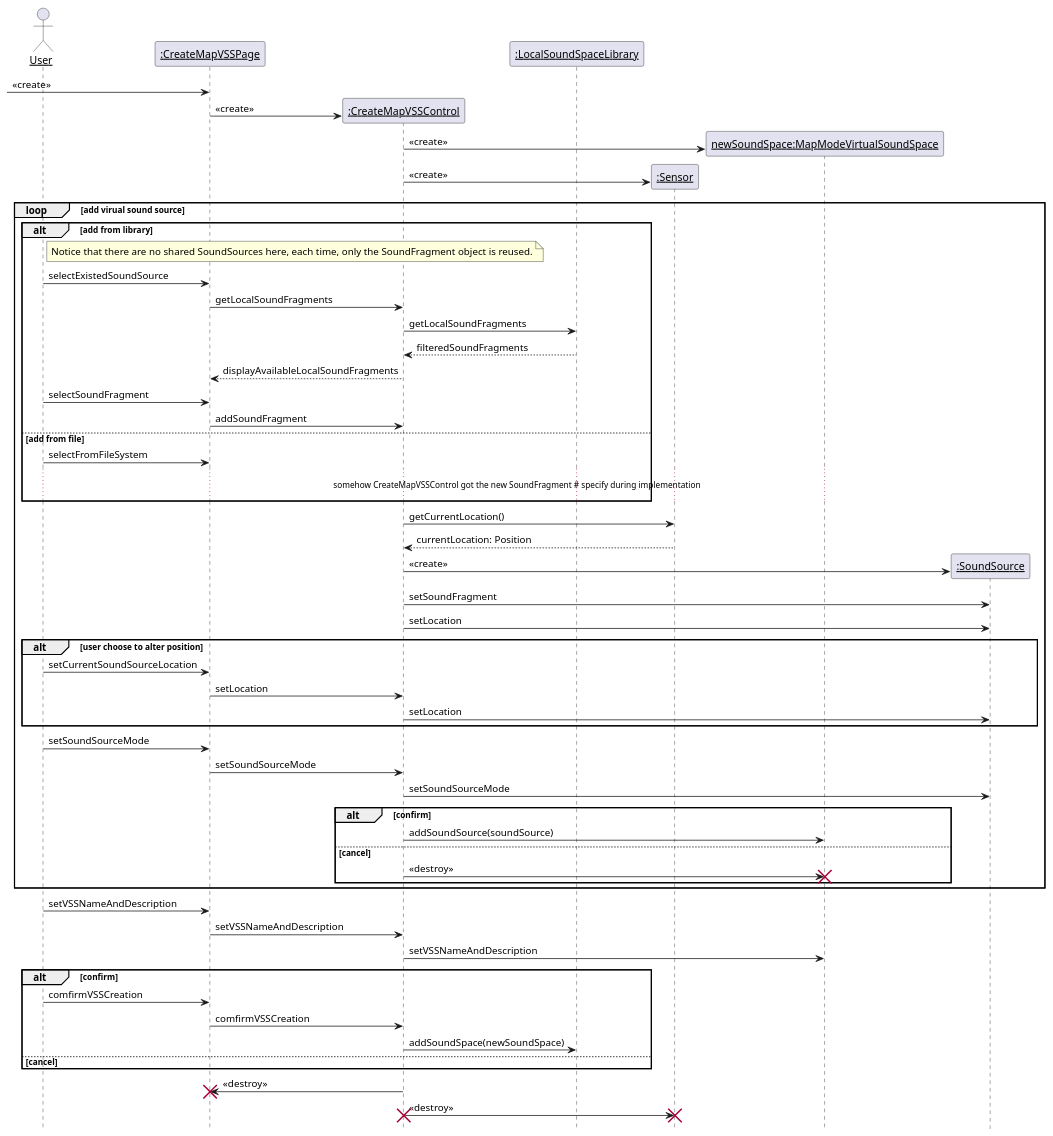
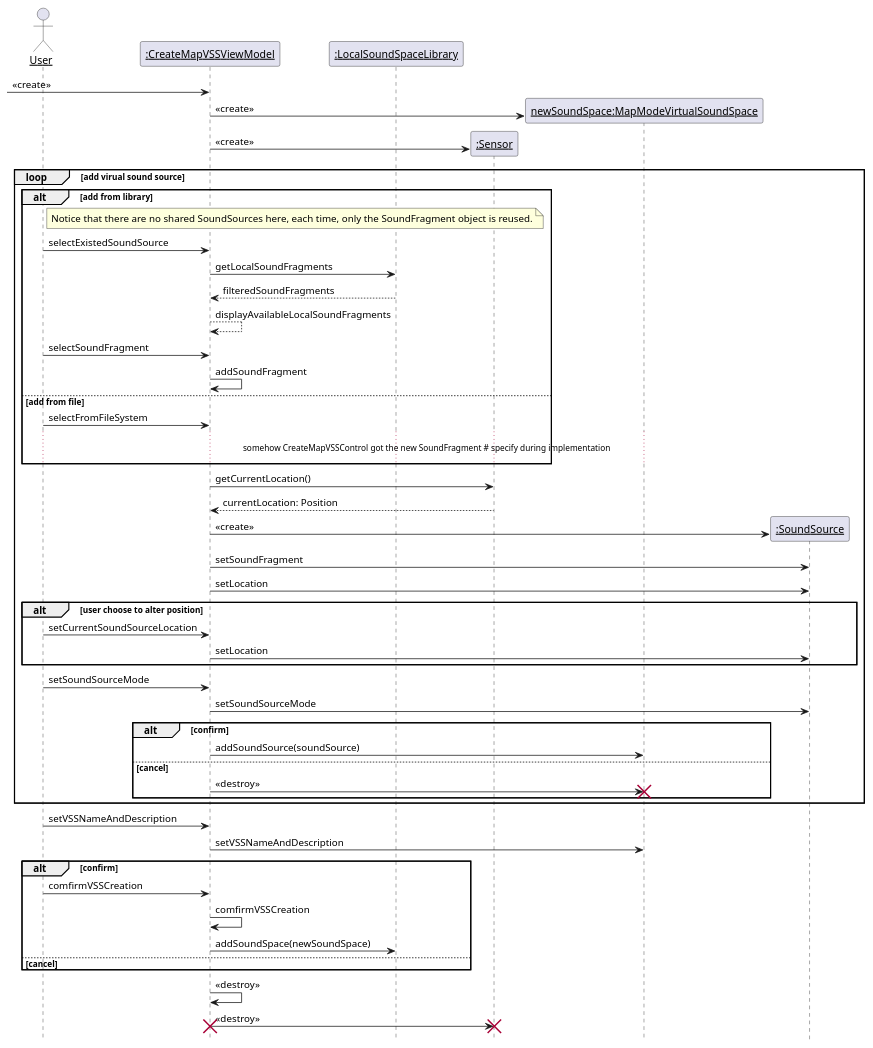
One commit to kpp19920121/doc changed diagram 11 of 26 in 设计/顺序图.md. Above: the diagram before and after it, drawn with PlantUML. The commit also changed other lines of this file and 6 other files, not shown here.

First line of the commit message:
修改顺序图到8

````diff
--- a/设计/顺序图.md
+++ b/设计/顺序图.md
@@ -336,78 +336,70 @@
 ```PlantUML
 @startuml Diagrams/CreateMapModeVSS
 hide footbox
 skinparam sequenceParticipant underline
 
 
 actor User as user
-participant ":CreateMapVSSPage" as createboundary
-participant ":CreateMapVSSControl" as createcontrol
+participant ":CreateMapVSSViewModel" as createboundary
 participant ":LocalSoundSpaceLibrary" as library
 participant ":Sensor" as sensor
 participant "newSoundSpace:MapModeVirtualSoundSpace" as newspace
 
 
 [-> createboundary: <<create>>
-create createcontrol
-createboundary -> createcontrol: <<create>>
 create newspace
-createcontrol -> newspace: <<create>>
+createboundary -> newspace: <<create>>
 create sensor
-createcontrol -> sensor: <<create>>
+createboundary -> sensor: <<create>>
 loop add virual sound source
     alt add from library
         note right of user: Notice that there are no shared SoundSources here, each time, only the SoundFragment object is reused.
         user -> createboundary: selectExistedSoundSource
-        createboundary -> createcontrol: getLocalSoundFragments
-        createcontrol -> library: getLocalSoundFragments
-        library --> createcontrol: filteredSoundFragments
-        createcontrol --> createboundary: displayAvailableLocalSoundFragments
+        createboundary -> library: getLocalSoundFragments
+        library --> createboundary: filteredSoundFragments
+        createboundary --> createboundary: displayAvailableLocalSoundFragments
         user -> createboundary: selectSoundFragment
-        createboundary -> createcontrol: addSoundFragment
+        createboundary -> createboundary: addSoundFragment
     else add from file
         user -> createboundary: selectFromFileSystem
         ...somehow CreateMapVSSControl got the new SoundFragment # specify during implementation...
 
     end
 
-    createcontrol -> sensor: getCurrentLocation()
-    sensor --> createcontrol: currentLocation: Position
+    createboundary -> sensor: getCurrentLocation()
+    sensor --> createboundary: currentLocation: Position
 
     participant ":SoundSource" as source
     create source
-    createcontrol -> source: <<create>>
-    createcontrol -> source: setSoundFragment
-    createcontrol -> source: setLocation
+    createboundary -> source: <<create>>
+    createboundary -> source: setSoundFragment
+    createboundary -> source: setLocation
 
     alt user choose to alter position
         user -> createboundary: setCurrentSoundSourceLocation
-        createboundary -> createcontrol : setLocation
-        createcontrol -> source: setLocation
+        createboundary -> source: setLocation
     end
     user -> createboundary: setSoundSourceMode
-    createboundary -> createcontrol: setSoundSourceMode
-    createcontrol -> source: setSoundSourceMode
+    createboundary -> source: setSoundSourceMode
     alt confirm
-        createcontrol -> newspace: addSoundSource(soundSource)
+        createboundary -> newspace: addSoundSource(soundSource)
     else cancel
-        createcontrol -> newspace: <<destroy>>
+        createboundary -> newspace: <<destroy>>
         destroy newspace
     end
 end
 user -> createboundary: setVSSNameAndDescription
-createboundary -> createcontrol: setVSSNameAndDescription
-createcontrol -> newspace: setVSSNameAndDescription
+createboundary -> newspace: setVSSNameAndDescription
 alt confirm
     user -> createboundary: comfirmVSSCreation
-    createboundary -> createcontrol: comfirmVSSCreation
-    createcontrol -> library: addSoundSpace(newSoundSpace)
+    createboundary -> createboundary: comfirmVSSCreation
+    createboundary -> library: addSoundSpace(newSoundSpace)
 else cancel
 
 end
-createcontrol -> createboundary: <<destroy>>
+createboundary -> createboundary: <<destroy>>
+createboundary -> sensor: <<destroy>>
+destroy sensor
 destroy createboundary
-createcontrol -> sensor: <<destroy>>
-destroy sensor
-destroy createcontrol
 @enduml
 ```
````
